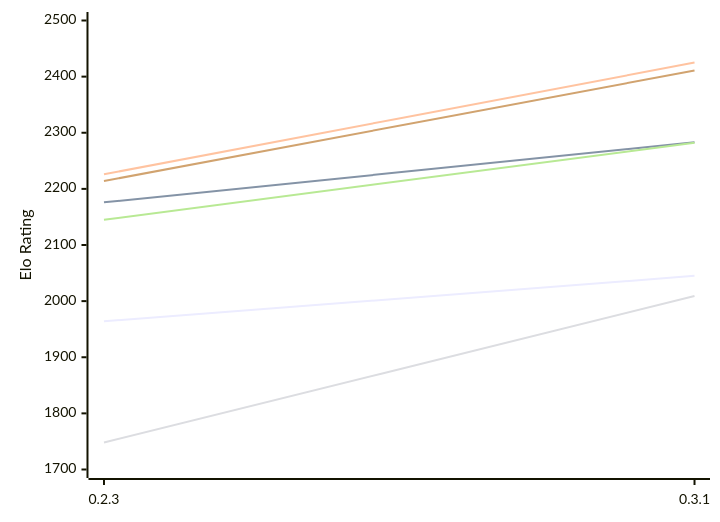
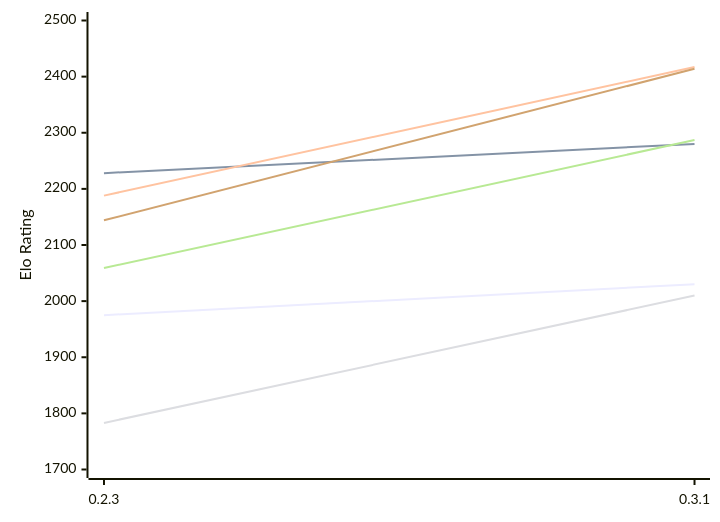
One commit to computer-chess-index/cci changed the first of 2 diagrams in engines/Lolbot.md. Above: the diagram before and after it, drawn with Mermaid. The commit also changed other lines of this file, not shown here.

Commit message:
Update CCI Ratings (ELO VLTC) - 2026-11-15

````diff
--- a/engines/Lolbot.md
+++ b/engines/Lolbot.md
@@ -53,12 +53,12 @@
 ```mermaid
 %%{init: {"theme":"base","themeVariables":{"seriesColors:['#a3a3a3','#222221','#faa371']}}}%%
 xychart-beta
   x-axis ["0.2.3", "0.3.1"]
   y-axis "Elo Rating" 1700 --> 2500
-  line "E1: STC (8.0+0.08s)" [1964, 2045]
-  line "E1: LTC (60.0+0.60s)" [2176, 2283]
-  line "E1: VLTC (2m24s+1.12s)" [2226, 2425]
-  line "P1: STC (8.0+0.08s)" [1748, 2009]
-  line "P1: LTC (60.0+0.60s)" [2145, 2282]
-  line "P1: VLTC (2m24s+1.12s)" [2214, 2411]
+  line "E1: STC (8.0+0.08s)" [1975, 2030]
+  line "E1: LTC (60.0+0.60s)" [2228, 2280]
+  line "E1: VLTC (2m24s+1.12s)" [2188, 2417]
+  line "P1: STC (8.0+0.08s)" [1783, 2010]
+  line "P1: LTC (60.0+0.60s)" [2059, 2287]
+  line "P1: VLTC (2m24s+1.12s)" [2144, 2414]
 ```
````
